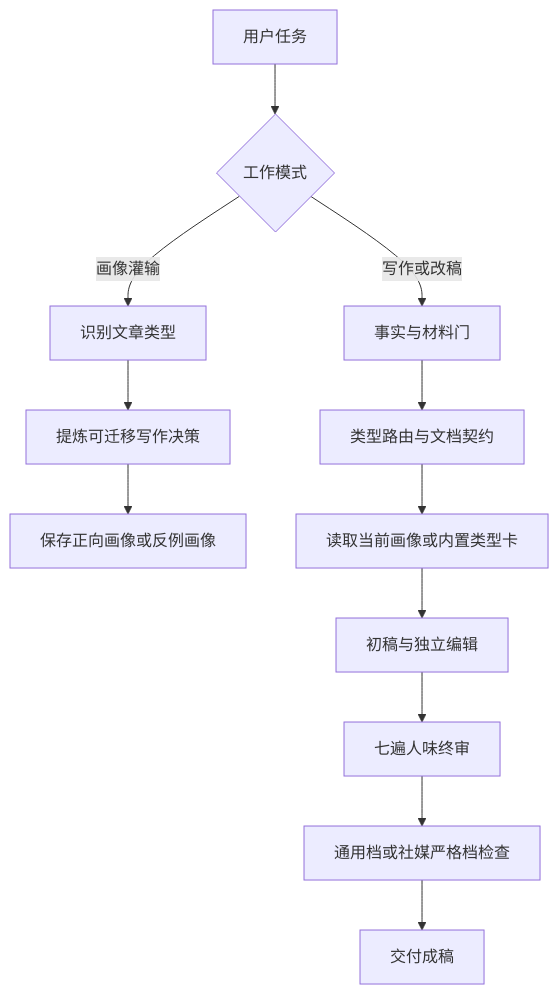
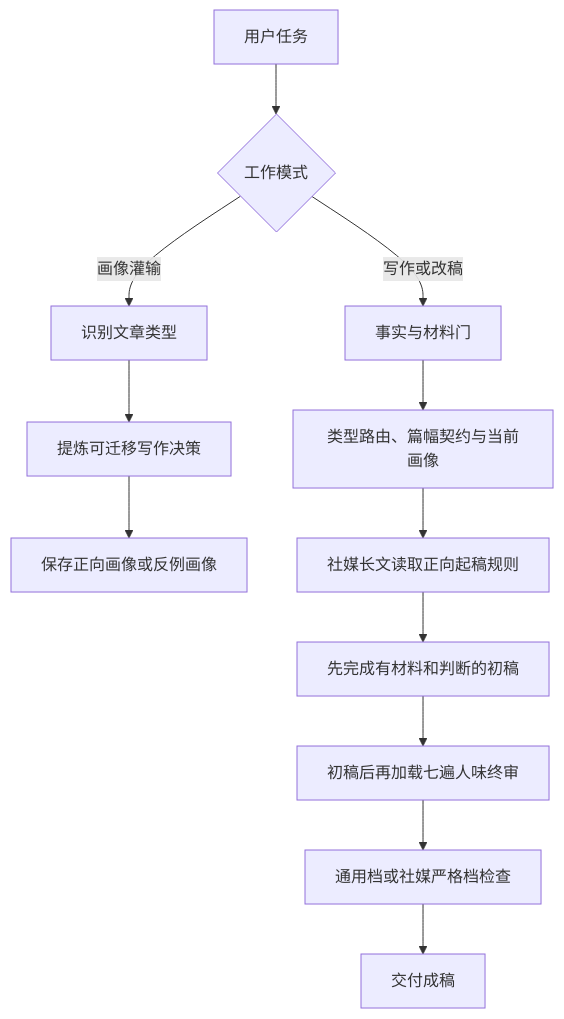
Before and after one commit to AKin-lvyifang/human-doc-writing: the diagram in README.md, drawn with Mermaid. The commit also changed other lines of this file and 28 other files, not shown here.

````diff
--- a/README.md
+++ b/README.md
@@ -49,14 +63,14 @@
 ```mermaid
 flowchart TD
     A[用户任务] --> B{工作模式}
     B -->|画像灌输| C[识别文章类型]
     C --> D[提炼可迁移写作决策]
     D --> E[保存正向画像或反例画像]
     B -->|写作或改稿| F[事实与材料门]
-    F --> G[类型路由与文档契约]
-    G --> H[读取当前画像或内置类型卡]
-    H --> I[初稿与独立编辑]
-    I --> J[七遍人味终审]
+    F --> G[类型路由、篇幅契约与当前画像]
+    G --> H[社媒长文读取正向起稿规则]
+    H --> I[先完成有材料和判断的初稿]
+    I --> J[初稿后再加载七遍人味终审]
     J --> K[通用档或社媒严格档检查]
     K --> L[交付成稿]
 ```
````
